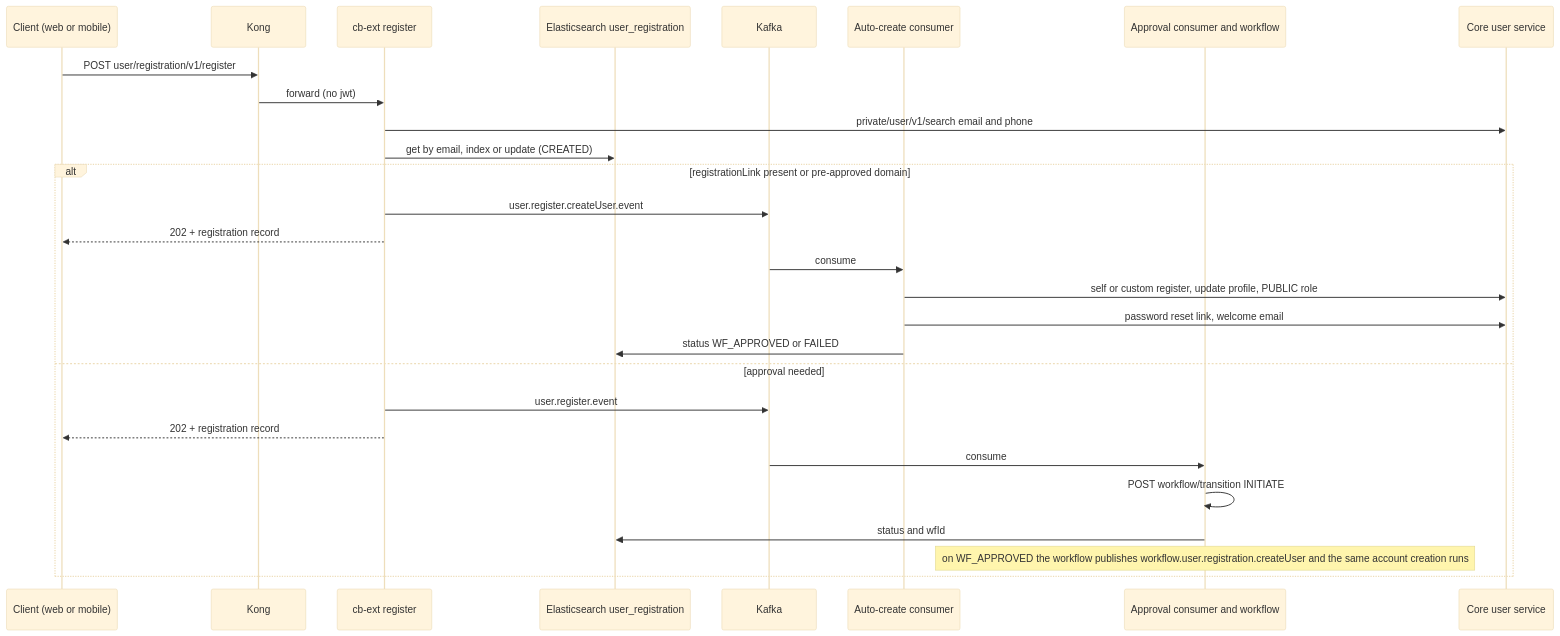
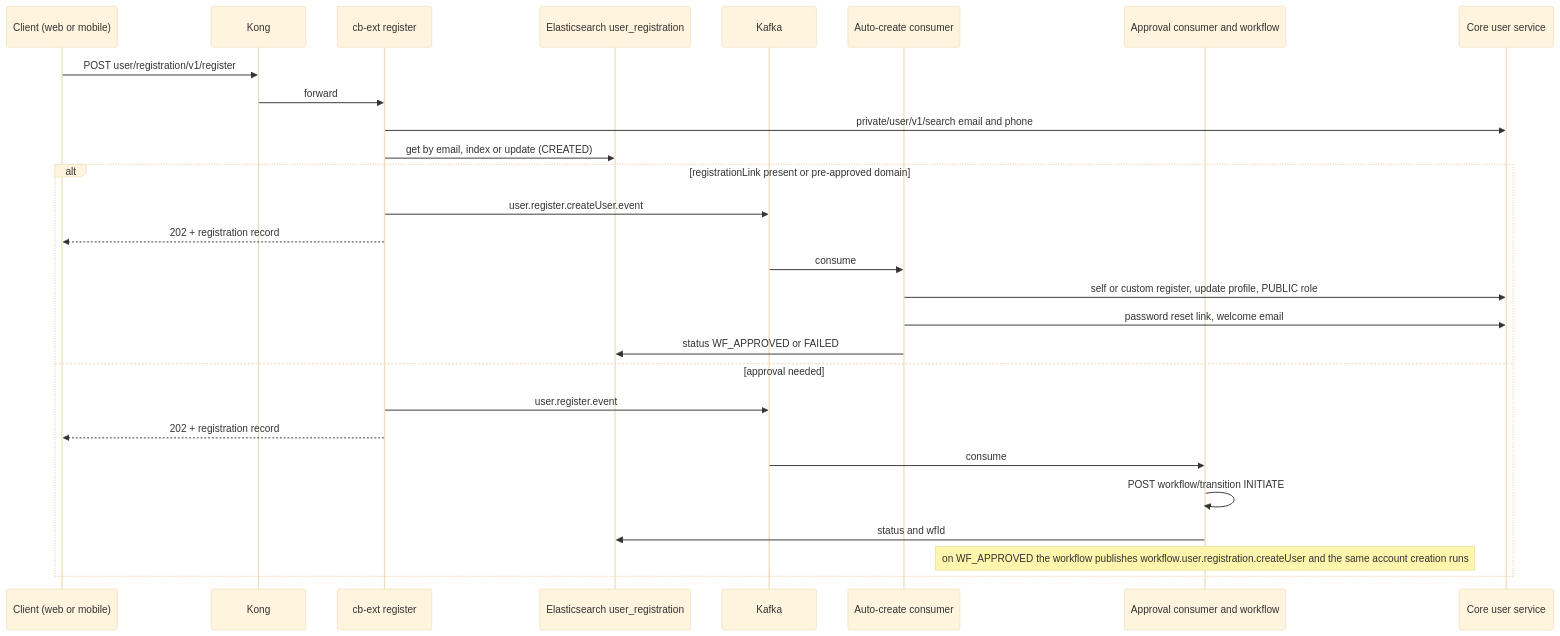
Before and after one commit to KB-iGOT/igot-docs: the first of 2 diagrams in docs/learning-hub/user-onboarding/lld.md, drawn with Mermaid (base theme). The commit also changed other lines of this file and 25 other files, not shown here.

````diff
--- a/docs/learning-hub/user-onboarding/lld.md
+++ b/docs/learning-hub/user-onboarding/lld.md
@@ -31,30 +30,30 @@
 ```mermaid
 sequenceDiagram
     participant C as Client (web or mobile)
     participant K as Kong
     participant X as cb-ext register
     participant ES as Elasticsearch user_registration
     participant KF as Kafka
     participant A as Auto-create consumer
     participant W as Approval consumer and workflow
     participant L as Core user service
     C->>K: POST user/registration/v1/register
-    K->>X: forward (no jwt)
+    K->>X: forward
     X->>L: private/user/v1/search email and phone
     X->>ES: get by email, index or update (CREATED)
     alt registrationLink present or pre-approved domain
         X->>KF: user.register.createUser.event
         X-->>C: 202 + registration record
         KF->>A: consume
         A->>L: self or custom register, update profile, PUBLIC role
         A->>L: password reset link, welcome email
         A->>ES: status WF_APPROVED or FAILED
     else approval needed
         X->>KF: user.register.event
         X-->>C: 202 + registration record
         KF->>W: consume
         W->>W: POST workflow/transition INITIATE
         W->>ES: status and wfId
         Note over W: on WF_APPROVED the workflow publishes workflow.user.registration.createUser and the same account creation runs
     end
 ```
````
